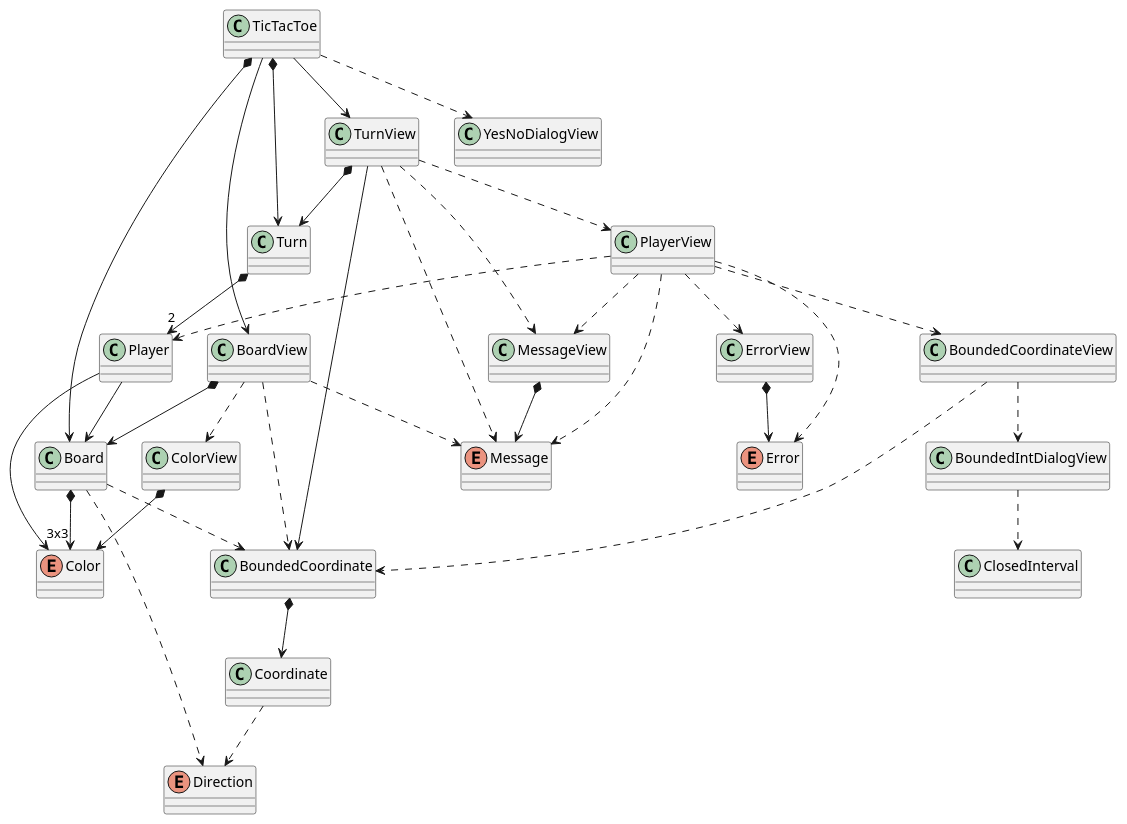
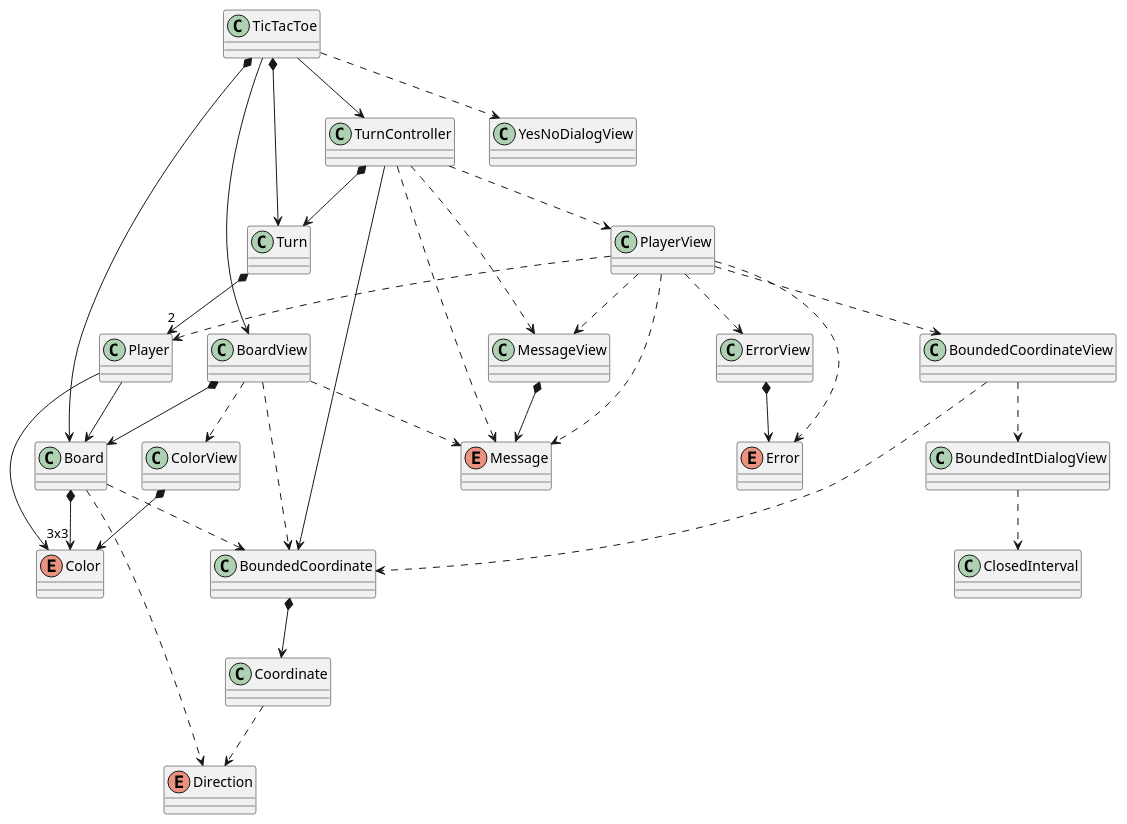
Before and after one commit to jumpering/lab-turing: the diagram in tech-java-basadoObjetos/src/es/usantatecla/tictactoe_v2/docs/classes.puml, drawn with PlantUML. The commit also changed 3 other files, not shown here.

```diff
--- a/tech-java-basadoObjetos/src/es/usantatecla/tictactoe_v2/docs/classes.puml
+++ b/tech-java-basadoObjetos/src/es/usantatecla/tictactoe_v2/docs/classes.puml
@@ -195,14 +195,14 @@
 
 TicTacToe *--> Turn
 TicTacToe *--> Board
-TicTacToe --> TurnView
+TicTacToe --> TurnController
 TicTacToe --> BoardView
 TicTacToe ..> YesNoDialogView
-TurnView *--> Turn
-TurnView --> BoundedCoordinate
-TurnView ..> MessageView
-TurnView ..> PlayerView
-TurnView ..> Message
+TurnController *--> Turn
+TurnController --> BoundedCoordinate
+TurnController ..> MessageView
+TurnController ..> PlayerView
+TurnController ..> Message
 Turn *--> "2" Player
 Player --> Board
 Player --> Color
```
